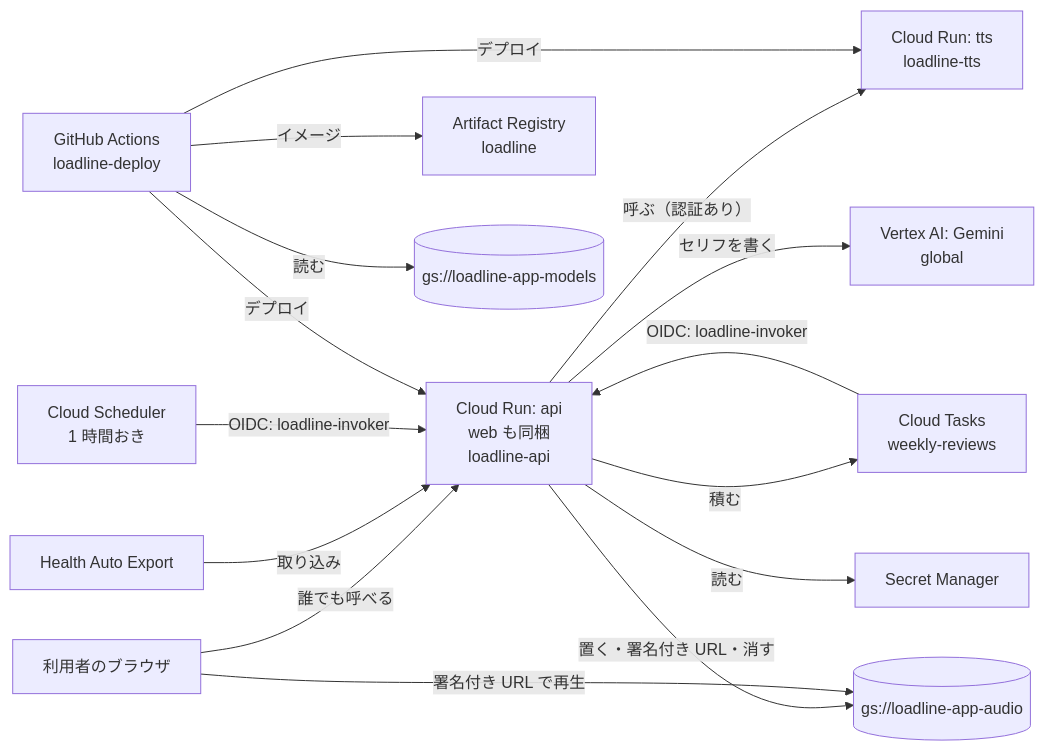
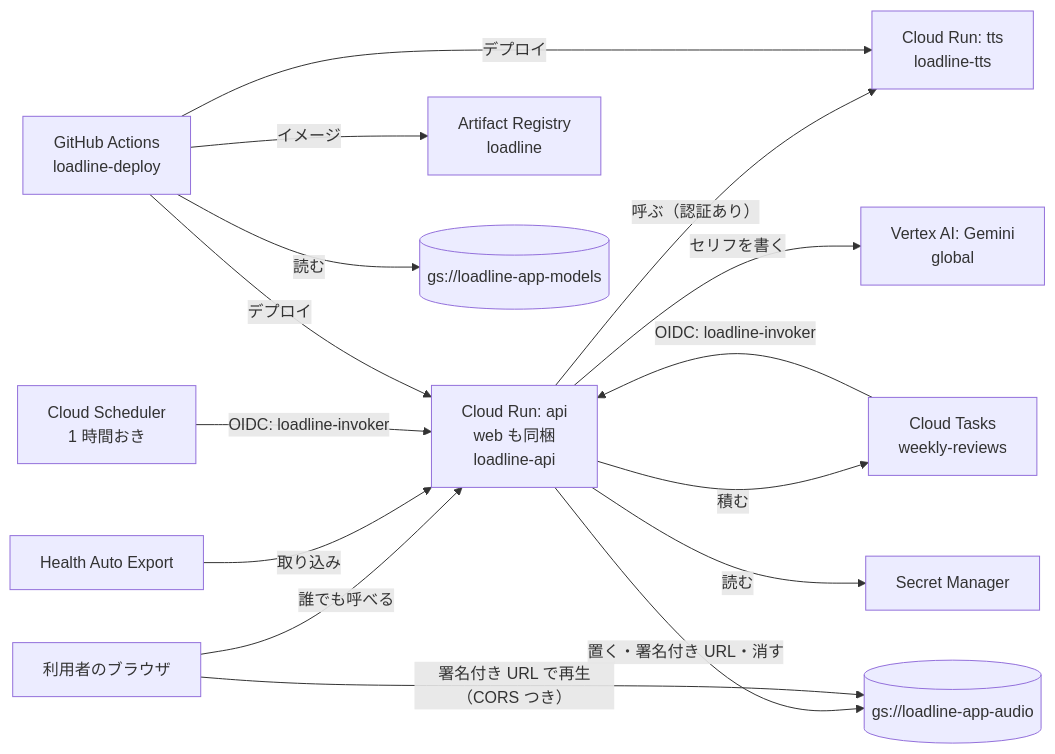
The diagram in docs/gcp.md (d-station-grid/loadline), drawn with Mermaid before and after one commit. The commit also changed other lines of this file and 9 other files, not shown here.

````diff
--- a/docs/gcp.md
+++ b/docs/gcp.md
@@ -13,17 +13,17 @@
 ```mermaid
 flowchart LR
   U[利用者のブラウザ] -- 誰でも呼べる --> A[Cloud Run: api<br>web も同梱<br>loadline-api]
   HAE[Health Auto Export] -- 取り込み --> A
   SCH[Cloud Scheduler<br>1 時間おき] -- OIDC: loadline-invoker --> A
   A -- 積む --> Q[Cloud Tasks<br>weekly-reviews]
   Q -- OIDC: loadline-invoker --> A
   A -- 呼ぶ（認証あり） --> T[Cloud Run: tts<br>loadline-tts]
   A -- セリフを書く --> V[Vertex AI: Gemini<br>global]
   A -- 置く・署名付き URL・消す --> S[(gs://loadline-app-audio)]
   A -- 読む --> SM[Secret Manager]
-  U -- 署名付き URL で再生 --> S
+  U -- 署名付き URL で再生（CORS つき） --> S
   GA[GitHub Actions<br>loadline-deploy] -- イメージ --> AR[Artifact Registry<br>loadline]
   GA -- 読む --> M[(gs://loadline-app-models)]
   GA -- デプロイ --> A
   GA -- デプロイ --> T
 ```
````
